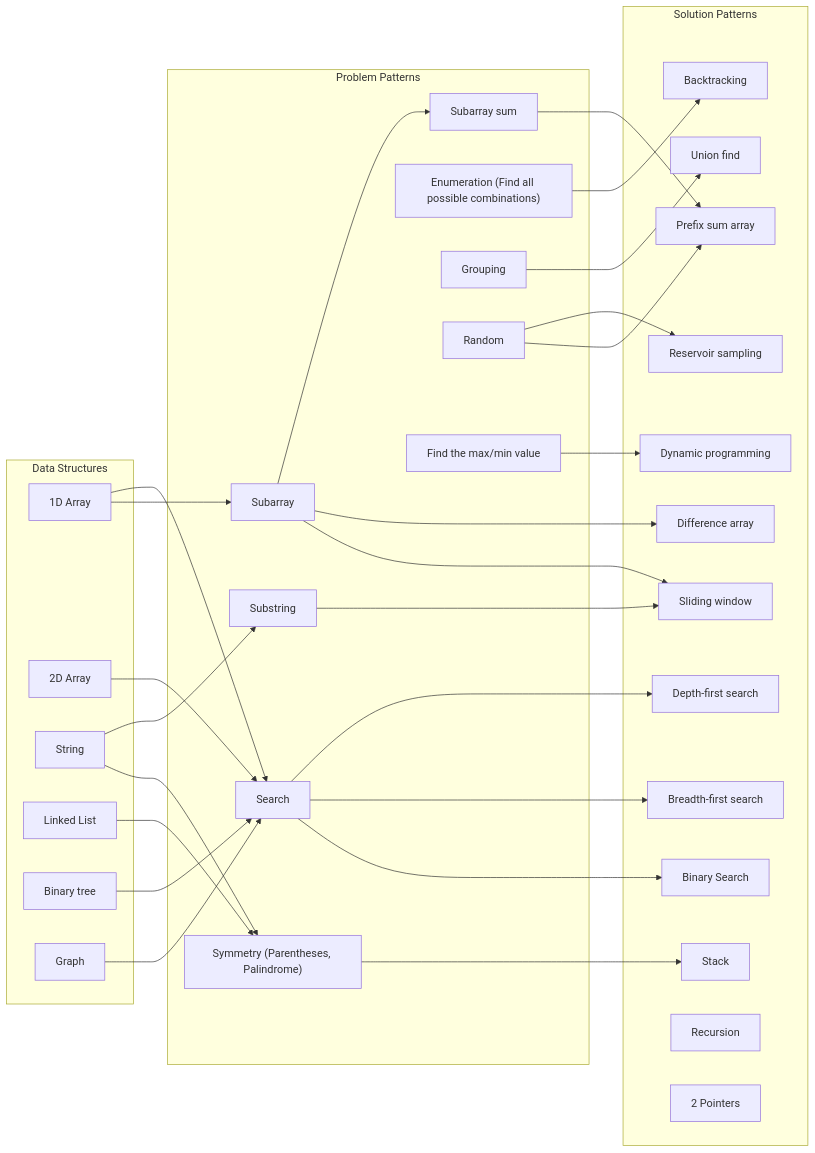
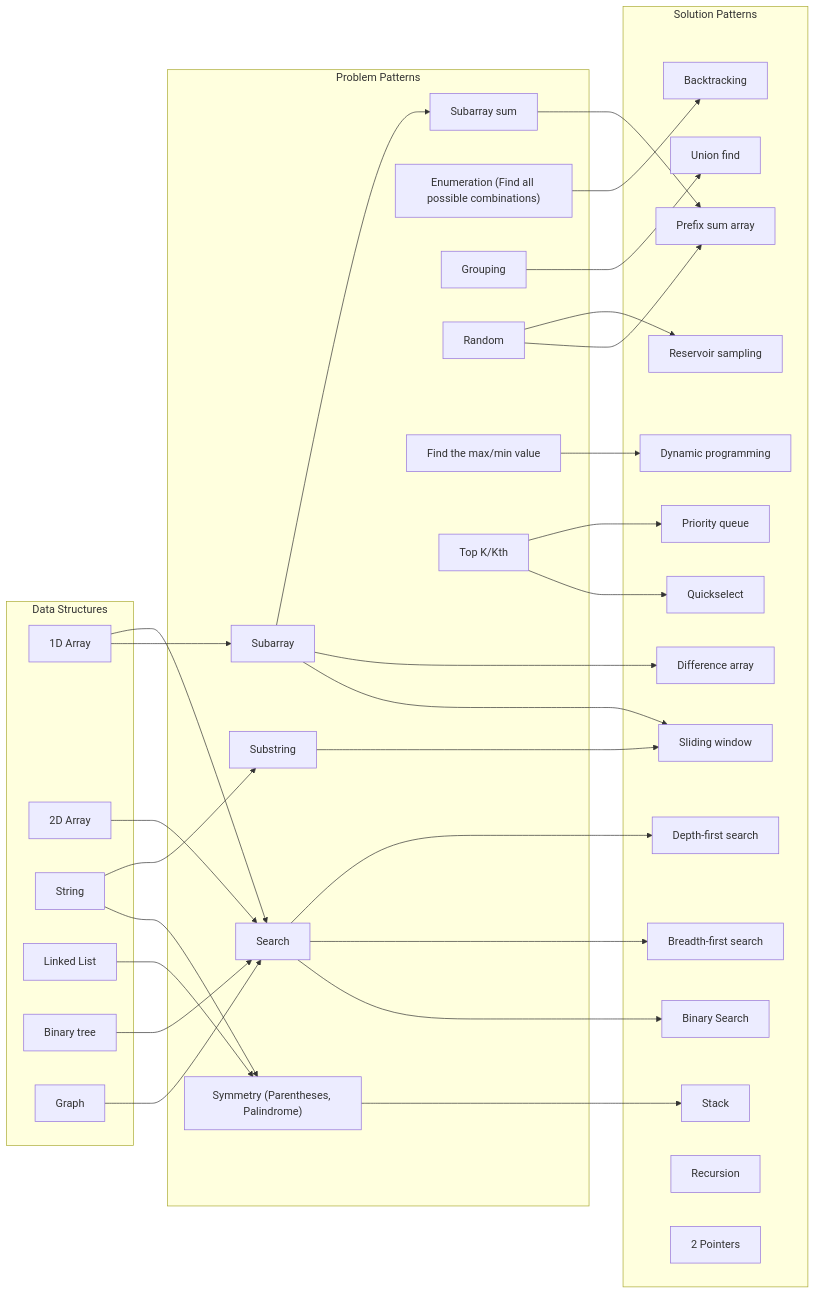
Before and after one commit to wuyichen24/coding-interview: the diagram in README.md, drawn with Mermaid.

````diff
--- a/README.md
+++ b/README.md
@@ -103,67 +103,72 @@
 ```mermaid
 flowchart LR
    %% data structure --> problem
    1DA-->SA
    1DA-->SC
    2DA-->SC
    ST-->SY
    LL-->SY
    BIT-->SC
    GP-->SC
    ST-->SS
    
    %% problem --> solution
    SAS-->PSA
    SY-->SK
    EN-->BT
    GPG-->UF
    RD-->PSA
    RD-->RS
    FMM-->DP
    SC-->BS
    SC-->BFS
    SC-->DFS
    SS-->SW
    SA-->SW
    SA-->DA
+   TOP-->QS
+   TOP-->PQ
 
    %% problem internal
    SA-->SAS
 
    subgraph datastructureSG ["Data Structures"]
       1DA["1D Array"]
       2DA["2D Array"]
       LL["Linked List"]
       ST["String"]
       BIT["Binary tree"]
       GP["Graph"]
    end
 
    subgraph problemSG ["Problem Patterns"]
       SA["Subarray"]
       SAS["Subarray sum"]
       SS["Substring"]
       SY["Symmetry (Parentheses, Palindrome)"]
       EN["Enumeration (Find all possible combinations)"]
       SC["Search"]
       GPG["Grouping"]
       RD["Random"]
       FMM["Find the max/min value"]
+      TOP["Top K/Kth"]
    end
 
    subgraph solutionSG [Solution Patterns]
       PSA["Prefix sum array"]
       DA["Difference array"]
       RC["Recursion"]
       2P["2 Pointers"]
       SK["Stack"]
       BT["Backtracking"]
       BS["Binary Search"]
       BFS["Breadth-first search"]
       DFS["Depth-first search"]
       UF["Union find"]
       DP["Dynamic programming"]
       SW["Sliding window"]
       RS["Reservoir sampling"]
+      QS["Quickselect"]
+      PQ["Priority queue"]
    end
 ```
````
